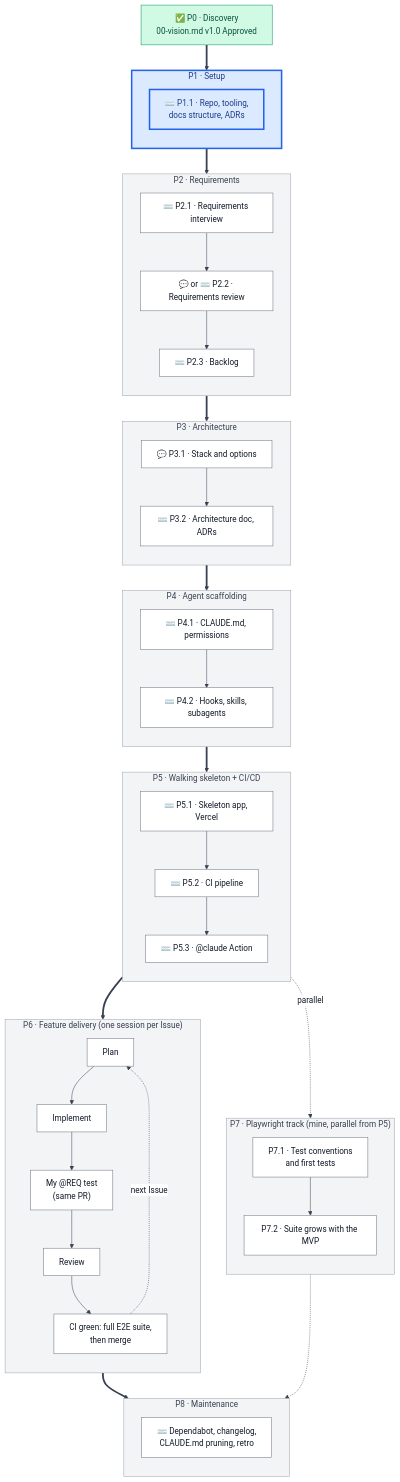
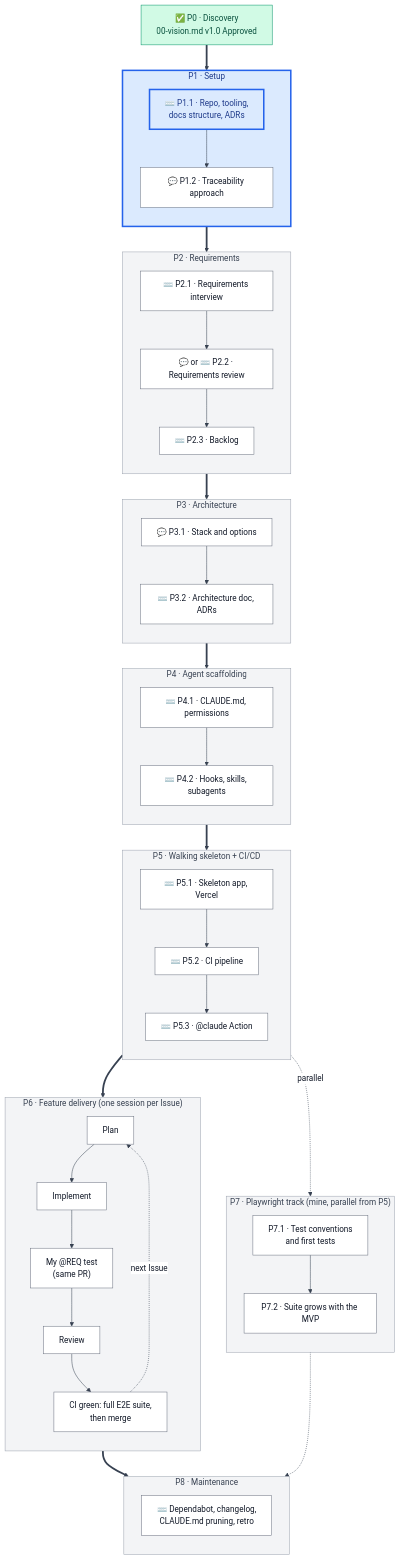
The diagram in docs/fitcadence-delivery-roadmap.md (TLevkova/fitcadence), drawn with Mermaid before and after one commit. The commit also changed other lines of this file and 2 other files, not shown here.

First line of the commit message:
Update doc status for P1.1 and add P1.2 traceability sub-phase

````diff
--- a/docs/fitcadence-delivery-roadmap.md
+++ b/docs/fitcadence-delivery-roadmap.md
@@ -20,75 +20,75 @@
 ```mermaid
 ---
 config:
   theme: base
   themeVariables:
     background: '#ffffff'
     primaryColor: '#ffffff'
     primaryTextColor: '#111827'
     primaryBorderColor: '#6b7280'
     lineColor: '#374151'
     textColor: '#111827'
     titleColor: '#111827'
     clusterBkg: '#ffffff'
     clusterBorder: '#9ca3af'
     edgeLabelBackground: '#ffffff'
 ---
 flowchart TB
     D0["✅ P0 · Discovery<br/>00-vision.md v1.0 Approved"]
 
     subgraph P1["P1 · Setup"]
         direction TB
-        p11["⌨️ P1.1 · Repo, tooling,<br/>docs structure, ADRs"]
+        p11["⌨️ P1.1 · Repo, tooling,<br/>docs structure, ADRs"] --> p12["💬 P1.2 · Traceability approach"]
     end
 
     subgraph P2["P2 · Requirements"]
         direction TB
         p21["⌨️ P2.1 · Requirements interview"] --> p22["💬 or ⌨️ P2.2 · Requirements review"] --> p23["⌨️ P2.3 · Backlog"]
     end
 
     subgraph P3["P3 · Architecture"]
         direction TB
         p31["💬 P3.1 · Stack and options"] --> p32["⌨️ P3.2 · Architecture doc, ADRs"]
     end
 
     subgraph P4["P4 · Agent scaffolding"]
         direction TB
         p41["⌨️ P4.1 · CLAUDE.md, permissions"] --> p42["⌨️ P4.2 · Hooks, skills, subagents"]
     end
 
     subgraph P5["P5 · Walking skeleton + CI/CD"]
         direction TB
         p51["⌨️ P5.1 · Skeleton app, Vercel"] --> p52["⌨️ P5.2 · CI pipeline"] --> p53["⌨️ P5.3 · @claude Action"]
     end
 
     subgraph P6["P6 · Feature delivery (one session per Issue)"]
         direction TB
         p6a["Plan"] --> p6b["Implement"] --> p6e["My @REQ test<br/>(same PR)"] --> p6c["Review"] --> p6d["CI green: full E2E suite,<br/>then merge"]
         p6d -. next Issue .-> p6a
     end
 
     subgraph P7["P7 · Playwright track (mine, parallel from P5)"]
         direction TB
         p71["P7.1 · Test conventions<br/>and first tests"] --> p72["P7.2 · Suite grows with the MVP"]
     end
 
     subgraph P8["P8 · Maintenance"]
         direction TB
         p8["⌨️ Dependabot, changelog,<br/>CLAUDE.md pruning, retro"]
     end
 
     D0 ==> P1 ==> P2 ==> P3 ==> P4 ==> P5 ==> P6 ==> P8
     P5 -.->|parallel| P7
     P7 -.-> P8
 
     classDef step fill:#ffffff,stroke:#6b7280,color:#111827
     classDef done fill:#d1fae5,stroke:#059669,color:#064e3b
     classDef active fill:#dbeafe,stroke:#2563eb,stroke-width:3px,color:#1e3a8a
     classDef todo fill:#f3f4f6,stroke:#9ca3af,color:#374151
 
     class D0 done
     class p11 active
     class P1 active
     class P2,P3,P4,P5,P6,P7,P8 todo
-    class p21,p22,p23,p31,p32,p41,p42,p51,p52,p53,p6a,p6b,p6c,p6d,p6e,p71,p72,p8 step
+    class p12,p21,p22,p23,p31,p32,p41,p42,p51,p52,p53,p6a,p6b,p6c,p6d,p6e,p71,p72,p8 step
 ```
````
